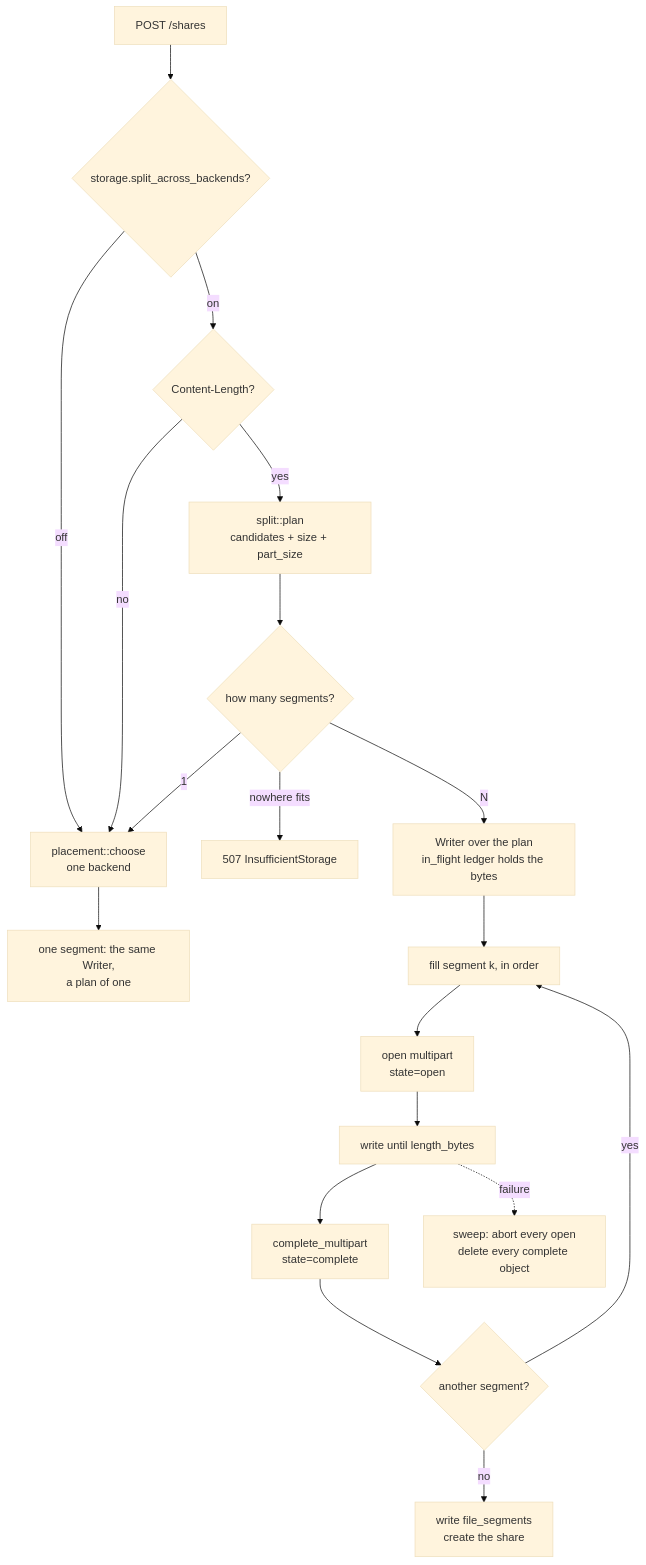
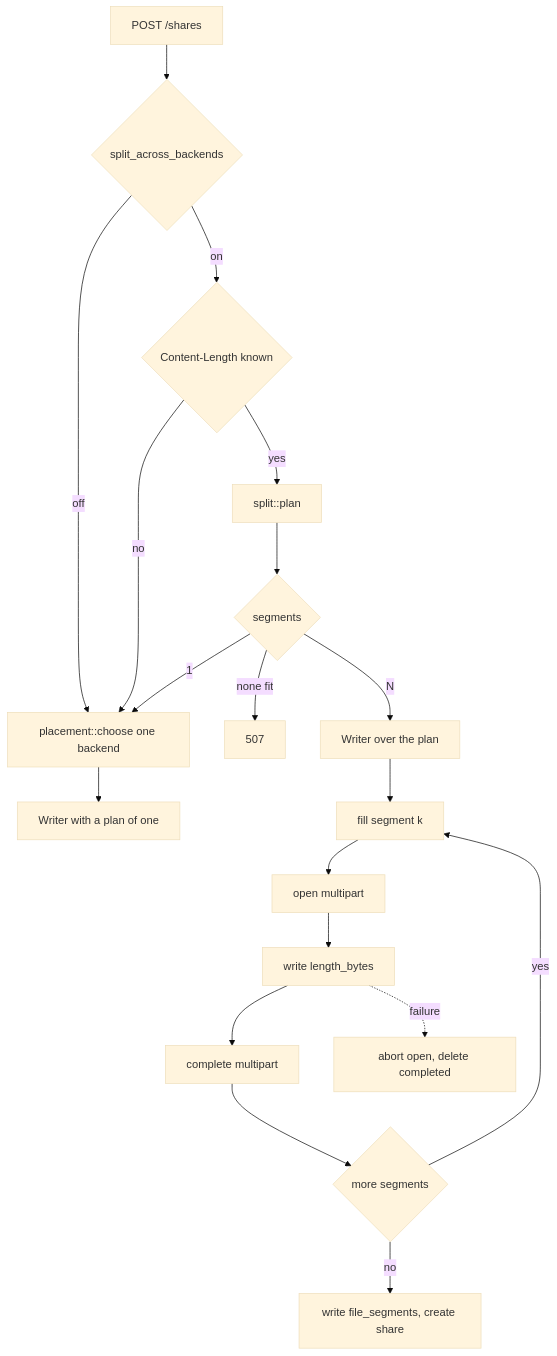
Before and after one commit to Limatura/tessera: the first of 2 diagrams in docs/splitting.md, drawn with Mermaid (base theme). The commit also changed other lines of this file and 26 other files, not shown here.

````diff
--- a/docs/splitting.md
+++ b/docs/splitting.md
@@ -27,21 +26,21 @@
 ```mermaid
 flowchart TD
-    A[POST /shares] --> B{storage.split_across_backends?}
-    B -->|off| C[placement::choose<br/>one backend]
-    B -->|on| D{Content-Length?}
+    A[POST /shares] --> B{split_across_backends}
+    B -->|off| C[placement::choose one backend]
+    B -->|on| D{Content-Length known}
     D -->|no| C
-    D -->|yes| E[split::plan<br/>candidates + size + part_size]
-    E --> F{how many segments?}
-    F -->|nowhere fits| G[507 InsufficientStorage]
+    D -->|yes| E[split::plan]
+    E --> F{segments}
+    F -->|none fit| G[507]
     F -->|1| C
-    F -->|N| H[Writer over the plan<br/>in_flight ledger holds the bytes]
-    C --> I[one segment: the same Writer,<br/>a plan of one]
-    H --> J[fill segment k, in order]
-    J --> K[open multipart<br/>state=open]
-    K --> L[write until length_bytes]
-    L --> M[complete_multipart<br/>state=complete]
-    M --> N{another segment?}
+    F -->|N| H[Writer over the plan]
+    C --> I[Writer with a plan of one]
+    H --> J[fill segment k]
+    J --> K[open multipart]
+    K --> L[write length_bytes]
+    L --> M[complete multipart]
+    M --> N{more segments}
     N -->|yes| J
-    N -->|no| O[write file_segments<br/>create the share]
-    L -.failure.-> P[sweep: abort every open<br/>delete every complete object]
+    N -->|no| O[write file_segments, create share]
+    L -.failure.-> P[abort open, delete completed]
 ```
````
